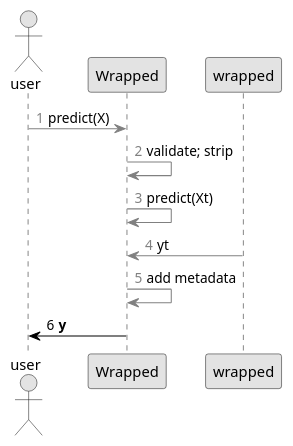
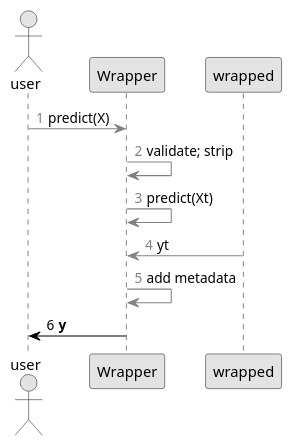
The diagram in ibex_pres/wrapper_wrapped_delegation_seq_six.plantuml (atavory/atavory.github.io), drawn with PlantUML before and after one commit. The commit also changed 19 other files, not shown here.

```diff
--- a/ibex_pres/wrapper_wrapped_delegation_seq_six.plantuml
+++ b/ibex_pres/wrapper_wrapped_delegation_seq_six.plantuml
@@ -1,21 +1,21 @@
 @startuml
 
 skinparam monochrome true
 skinparam shadowing false
 
 actor user
 
-participant Wrapped
+participant Wrapper
 
 participant wrapped
 
 autonumber 1 "<font color=grey>"
-user -[#grey]> Wrapped : predict(X)
-Wrapped -[#grey]> Wrapped : validate; strip
-Wrapped -[#grey]> Wrapped : predict(Xt)
-wrapped -[#grey]> Wrapped : yt
-Wrapped -[#grey]> Wrapped : add metadata
+user -[#grey]> Wrapper : predict(X)
+Wrapper -[#grey]> Wrapper : validate; strip
+Wrapper -[#grey]> Wrapper : predict(Xt)
+wrapped -[#grey]> Wrapper : yt
+Wrapper -[#grey]> Wrapper : add metadata
 autonumber 6 "<font color=black>"
-Wrapped -[#black]> user : **y**
+Wrapper -[#black]> user : **y**
 
 @enduml
```
